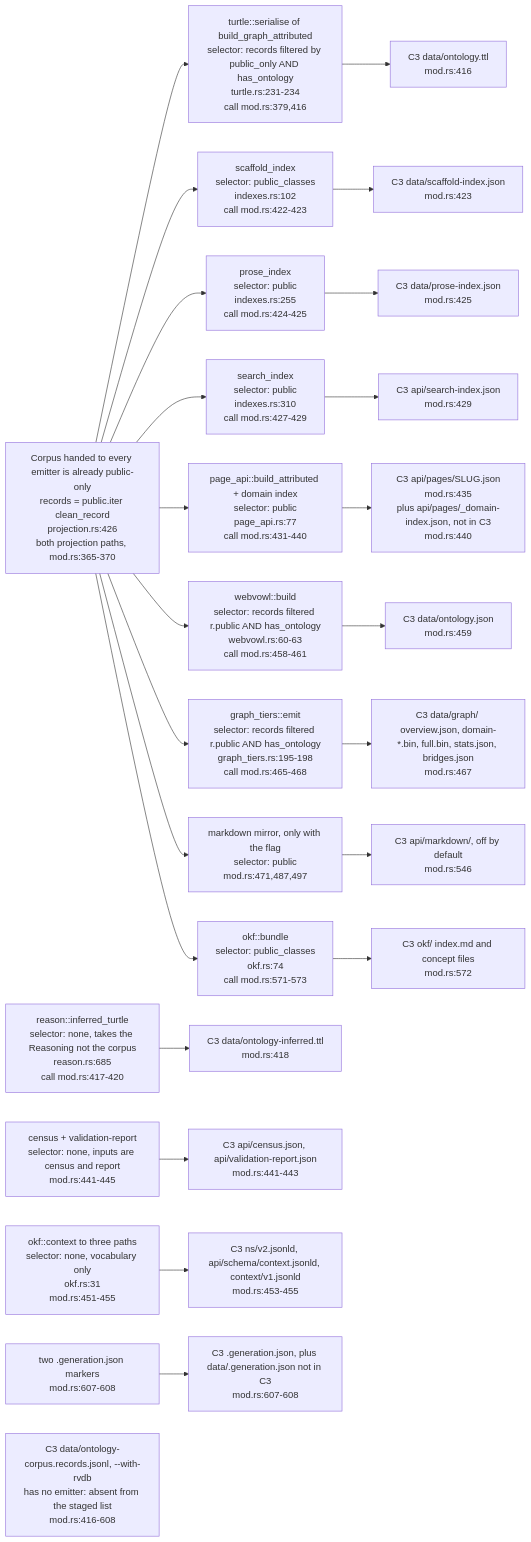
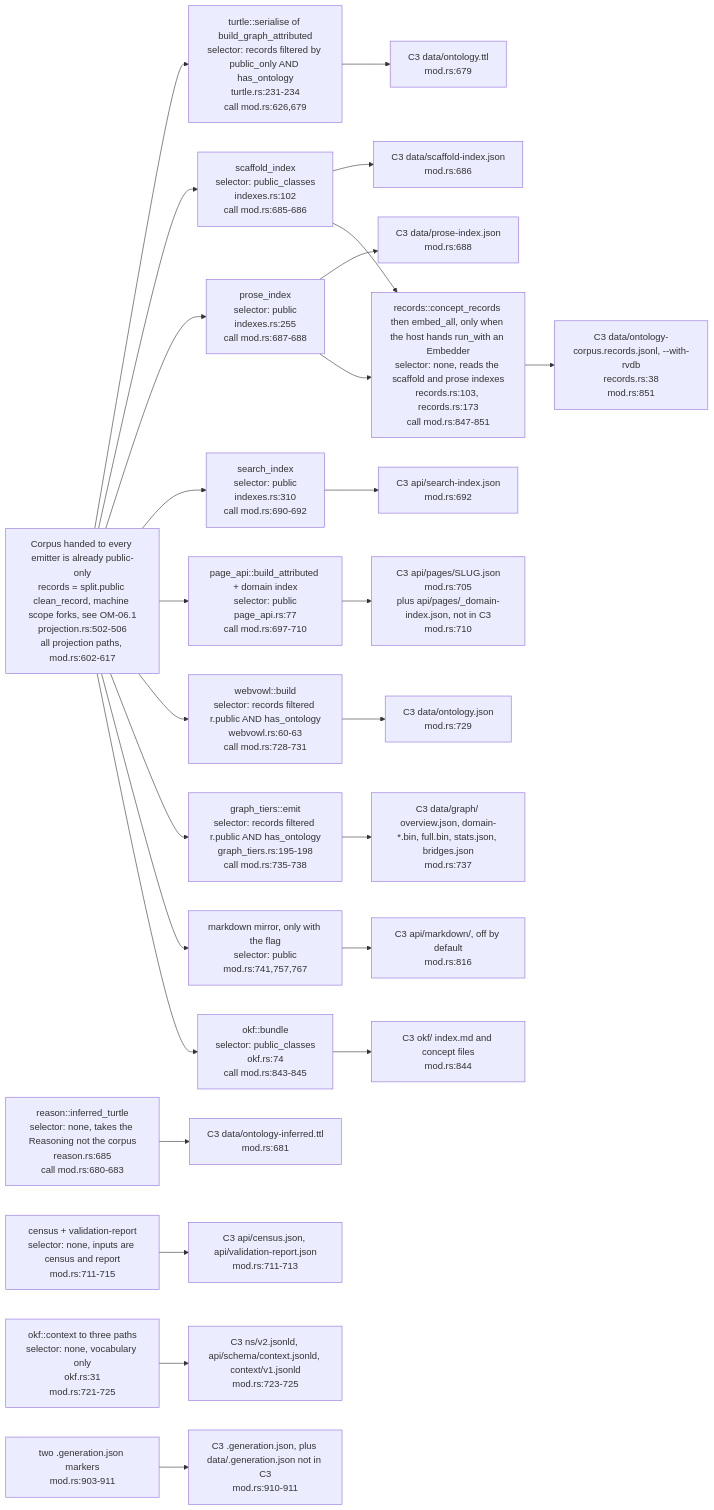
Before and after one commit to DreamLab-AI/VisionFlow: the first of 7 diagrams in docs/diagrams/ontomark/04-emitters-turtle-indexes-tiers-and-contract-c3.md, drawn with Mermaid. The commit also changed other lines of this file and 10 other files, not shown here.

First line of the commit message:
docs(diagrams): re-stamp the ontomark corpus at ee9e04a; OM-06 machine scope and ingest contract

````diff
--- a/docs/diagrams/ontomark/04-emitters-turtle-indexes-tiers-and-contract-c3.md
+++ b/docs/diagrams/ontomark/04-emitters-turtle-indexes-tiers-and-contract-c3.md
@@ -30,32 +31,35 @@
 ```mermaid
 flowchart LR
-    PROJ["Corpus handed to every emitter is already public-only<br/>records = public.iter clean_record<br/>projection.rs:426<br/>both projection paths, mod.rs:365-370"]
-    TTL["turtle::serialise of build_graph_attributed<br/>selector: records filtered by public_only AND has_ontology<br/>turtle.rs:231-234<br/>call mod.rs:379,416"]
-    INF["reason::inferred_turtle<br/>selector: none, takes the Reasoning not the corpus<br/>reason.rs:685<br/>call mod.rs:417-420"]
-    SCA["scaffold_index<br/>selector: public_classes<br/>indexes.rs:102<br/>call mod.rs:422-423"]
-    PRO["prose_index<br/>selector: public<br/>indexes.rs:255<br/>call mod.rs:424-425"]
-    SRCH["search_index<br/>selector: public<br/>indexes.rs:310<br/>call mod.rs:427-429"]
-    PG["page_api::build_attributed + domain index<br/>selector: public<br/>page_api.rs:77<br/>call mod.rs:431-440"]
-    CEN["census + validation-report<br/>selector: none, inputs are census and report<br/>mod.rs:441-445"]
-    CTX["okf::context to three paths<br/>selector: none, vocabulary only<br/>okf.rs:31<br/>mod.rs:451-455"]
-    VOWL["webvowl::build<br/>selector: records filtered r.public AND has_ontology<br/>webvowl.rs:60-63<br/>call mod.rs:458-461"]
-    TIER["graph_tiers::emit<br/>selector: records filtered r.public AND has_ontology<br/>graph_tiers.rs:195-198<br/>call mod.rs:465-468"]
-    MIR["markdown mirror, only with the flag<br/>selector: public<br/>mod.rs:471,487,497"]
-    OKF["okf::bundle<br/>selector: public_classes<br/>okf.rs:74<br/>call mod.rs:571-573"]
-    GEN["two .generation.json markers<br/>mod.rs:607-608"]
+    PROJ["Corpus handed to every emitter is already public-only<br/>records = split.public clean_record, machine scope forks, see OM-06.1<br/>projection.rs:502-506<br/>all projection paths, mod.rs:602-617"]
+    TTL["turtle::serialise of build_graph_attributed<br/>selector: records filtered by public_only AND has_ontology<br/>turtle.rs:231-234<br/>call mod.rs:626,679"]
+    INF["reason::inferred_turtle<br/>selector: none, takes the Reasoning not the corpus<br/>reason.rs:685<br/>call mod.rs:680-683"]
+    SCA["scaffold_index<br/>selector: public_classes<br/>indexes.rs:102<br/>call mod.rs:685-686"]
+    PRO["prose_index<br/>selector: public<br/>indexes.rs:255<br/>call mod.rs:687-688"]
+    SRCH["search_index<br/>selector: public<br/>indexes.rs:310<br/>call mod.rs:690-692"]
+    PG["page_api::build_attributed + domain index<br/>selector: public<br/>page_api.rs:77<br/>call mod.rs:697-710"]
+    CEN["census + validation-report<br/>selector: none, inputs are census and report<br/>mod.rs:711-715"]
+    CTX["okf::context to three paths<br/>selector: none, vocabulary only<br/>okf.rs:31<br/>mod.rs:721-725"]
+    VOWL["webvowl::build<br/>selector: records filtered r.public AND has_ontology<br/>webvowl.rs:60-63<br/>call mod.rs:728-731"]
+    TIER["graph_tiers::emit<br/>selector: records filtered r.public AND has_ontology<br/>graph_tiers.rs:195-198<br/>call mod.rs:735-738"]
+    MIR["markdown mirror, only with the flag<br/>selector: public<br/>mod.rs:741,757,767"]
+    OKF["okf::bundle<br/>selector: public_classes<br/>okf.rs:74<br/>call mod.rs:843-845"]
+    GEN["two .generation.json markers<br/>mod.rs:903-911"]
     PROJ --> TTL & SCA & PRO & SRCH & PG & VOWL & TIER & MIR & OKF
-    TTL --> C1["C3 data/ontology.ttl<br/>mod.rs:416"]
-    INF --> C2["C3 data/ontology-inferred.ttl<br/>mod.rs:418"]
-    SCA --> C3["C3 data/scaffold-index.json<br/>mod.rs:423"]
-    PRO --> C4["C3 data/prose-index.json<br/>mod.rs:425"]
-    SRCH --> C5["C3 api/search-index.json<br/>mod.rs:429"]
-    PG --> C6["C3 api/pages/SLUG.json<br/>mod.rs:435<br/>plus api/pages/_domain-index.json, not in C3<br/>mod.rs:440"]
-    CEN --> C7["C3 api/census.json, api/validation-report.json<br/>mod.rs:441-443"]
-    CTX --> C8["C3 ns/v2.jsonld, api/schema/context.jsonld, context/v1.jsonld<br/>mod.rs:453-455"]
-    VOWL --> C9["C3 data/ontology.json<br/>mod.rs:459"]
-    TIER --> C10["C3 data/graph/ overview.json, domain-*.bin, full.bin, stats.json, bridges.json<br/>mod.rs:467"]
-    MIR --> C11["C3 api/markdown/, off by default<br/>mod.rs:546"]
-    OKF --> C12["C3 okf/ index.md and concept files<br/>mod.rs:572"]
-    GEN --> C13["C3 .generation.json, plus data/.generation.json not in C3<br/>mod.rs:607-608"]
-    MISS["C3 data/ontology-corpus.records.jsonl, --with-rvdb<br/>has no emitter: absent from the staged list<br/>mod.rs:416-608"]
+    TTL --> C1["C3 data/ontology.ttl<br/>mod.rs:679"]
+    INF --> C2["C3 data/ontology-inferred.ttl<br/>mod.rs:681"]
+    SCA --> C3["C3 data/scaffold-index.json<br/>mod.rs:686"]
+    PRO --> C4["C3 data/prose-index.json<br/>mod.rs:688"]
+    SRCH --> C5["C3 api/search-index.json<br/>mod.rs:692"]
+    PG --> C6["C3 api/pages/SLUG.json<br/>mod.rs:705<br/>plus api/pages/_domain-index.json, not in C3<br/>mod.rs:710"]
+    CEN --> C7["C3 api/census.json, api/validation-report.json<br/>mod.rs:711-713"]
+    CTX --> C8["C3 ns/v2.jsonld, api/schema/context.jsonld, context/v1.jsonld<br/>mod.rs:723-725"]
+    VOWL --> C9["C3 data/ontology.json<br/>mod.rs:729"]
+    TIER --> C10["C3 data/graph/ overview.json, domain-*.bin, full.bin, stats.json, bridges.json<br/>mod.rs:737"]
+    MIR --> C11["C3 api/markdown/, off by default<br/>mod.rs:816"]
+    OKF --> C12["C3 okf/ index.md and concept files<br/>mod.rs:844"]
+    GEN --> C13["C3 .generation.json, plus data/.generation.json not in C3<br/>mod.rs:910-911"]
+    REC["records::concept_records then embed_all, only when the host hands run_with an Embedder<br/>selector: none, reads the scaffold and prose indexes<br/>records.rs:103, records.rs:173<br/>call mod.rs:847-851"]
+    SCA --> REC
+    PRO --> REC
+    REC --> C14["C3 data/ontology-corpus.records.jsonl, --with-rvdb<br/>records.rs:38<br/>mod.rs:851"]
 ```
````
